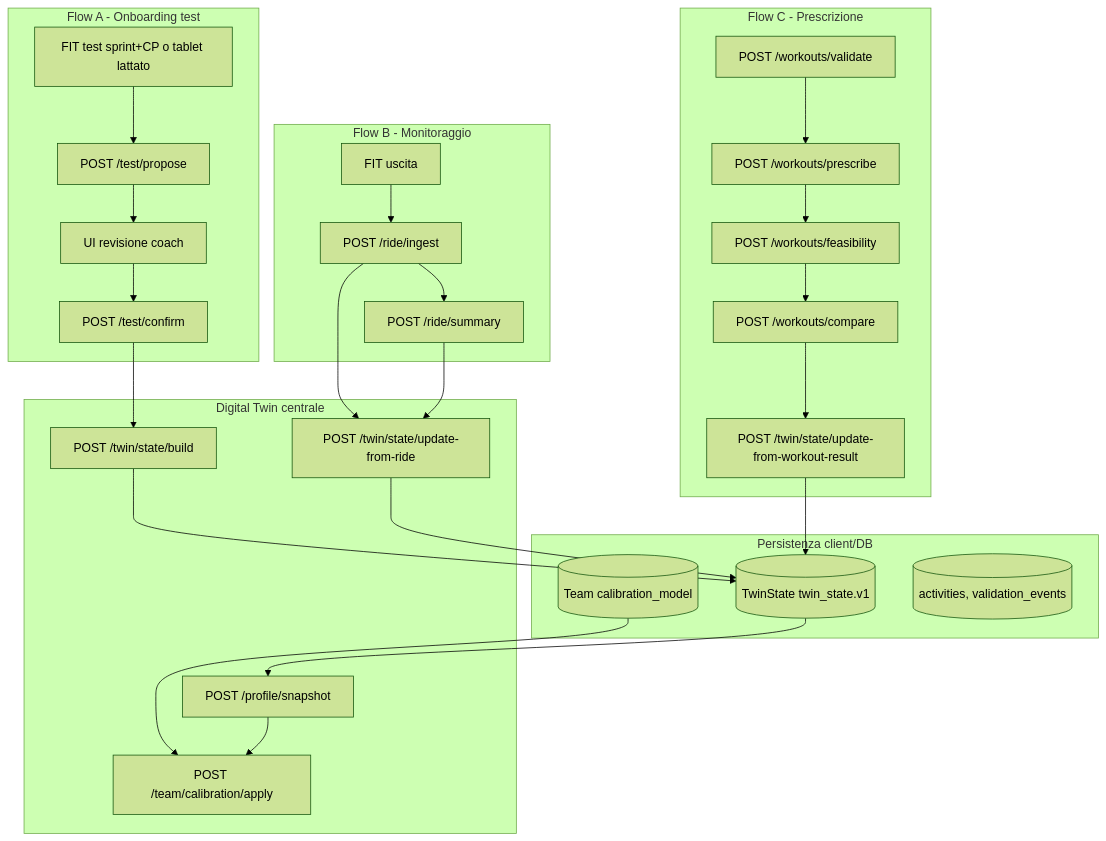
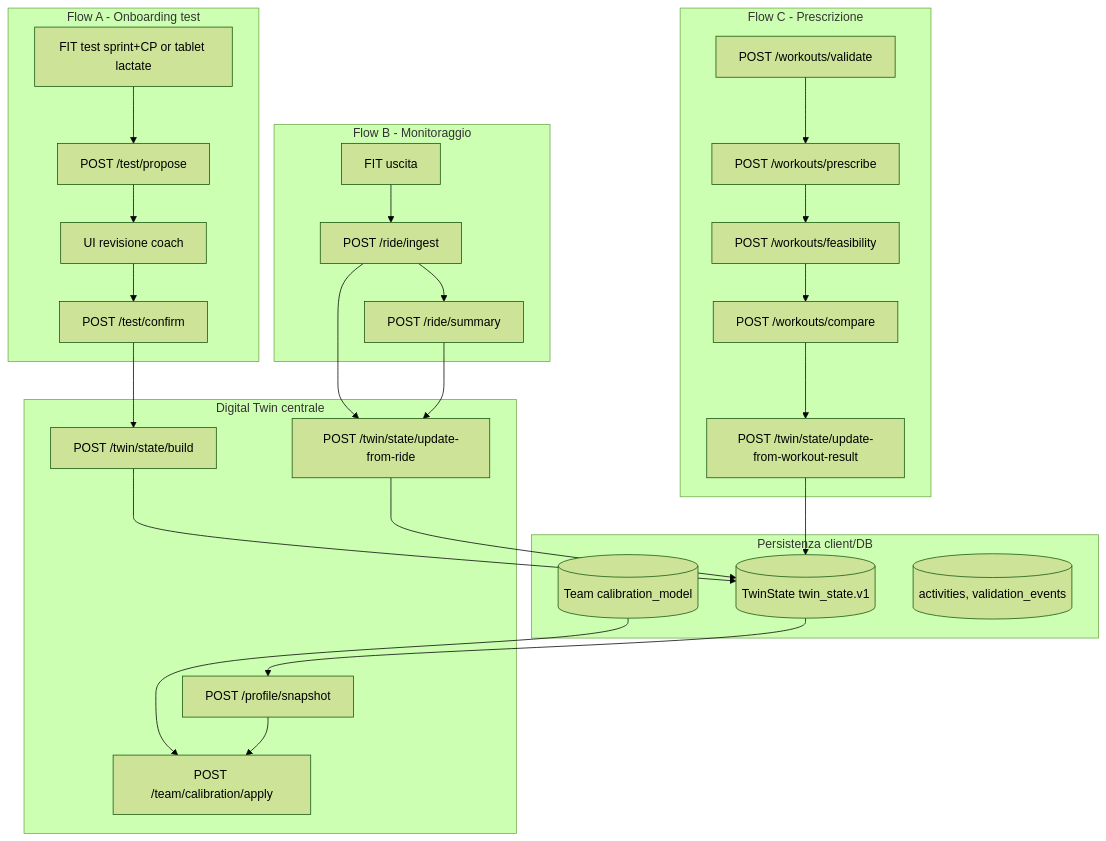
Before and after one commit to diegotruant/Backend-definitivo-V5: the diagram in docs/FRONTEND_DEVELOPER_GUIDE.md, drawn with Mermaid (forest theme). The commit also changed other lines of this file and 7 other files, not shown here.

````diff
--- a/docs/FRONTEND_DEVELOPER_GUIDE.md
+++ b/docs/FRONTEND_DEVELOPER_GUIDE.md
@@ -96,48 +96,48 @@
 ```mermaid
 flowchart TB
   subgraph persist [Persistenza client/DB]
     TWIN[(TwinState twin_state.v1)]
     TEAM[(Team calibration_model)]
     ACT[(activities, validation_events)]
   end
 
   subgraph onboarding [Flow A - Onboarding test]
-    FIT_TEST[FIT test sprint+CP o tablet lattato]
+    FIT_TEST[FIT test sprint+CP or tablet lactate]
     PROPOSE[POST /test/propose]
     REVIEW[UI revisione coach]
     CONFIRM[POST /test/confirm]
     FIT_TEST --> PROPOSE --> REVIEW --> CONFIRM
   end
 
   subgraph monitoring [Flow B - Monitoraggio]
     FIT_RIDE[FIT uscita]
     INGEST[POST /ride/ingest]
     SUMMARY[POST /ride/summary]
     FIT_RIDE --> INGEST --> SUMMARY
   end
 
   subgraph twin [Digital Twin centrale]
     BUILD[POST /twin/state/build]
     UPD_RIDE[POST /twin/state/update-from-ride]
     SNAP[POST /profile/snapshot]
     APPLY[POST /team/calibration/apply]
     CONFIRM --> BUILD
     INGEST --> UPD_RIDE
     SUMMARY --> UPD_RIDE
     BUILD --> TWIN
     UPD_RIDE --> TWIN
     TWIN --> SNAP
     TEAM --> APPLY
     SNAP --> APPLY
   end
 
   subgraph coach [Flow C - Prescrizione]
     VAL[POST /workouts/validate]
     PRE[POST /workouts/prescribe]
     FEAS[POST /workouts/feasibility]
     CMP[POST /workouts/compare]
     VAL --> PRE --> FEAS --> CMP
     CMP --> UPD_WO[POST /twin/state/update-from-workout-result]
     UPD_WO --> TWIN
   end
 ```
````
